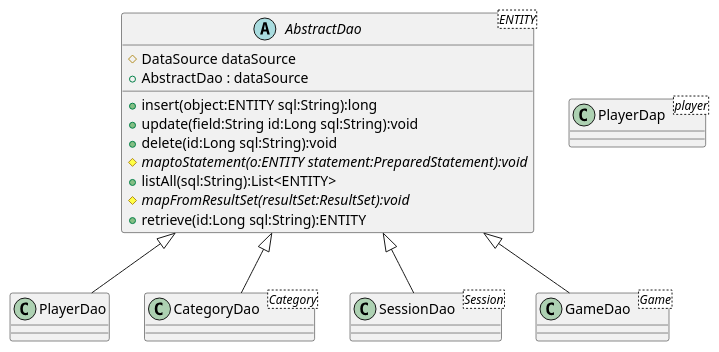
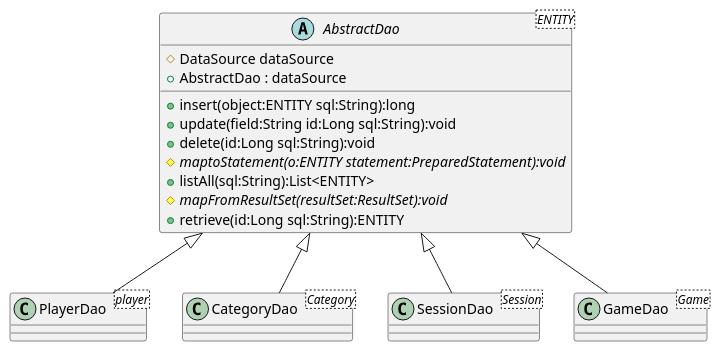
Before and after one commit to Westerdals/pgr203-exam-omamoh18: the diagram in diagram/Dao.puml, drawn with PlantUML.

Commit message:
Readme update

```diff
--- a/diagram/Dao.puml
+++ b/diagram/Dao.puml
@@ -1,27 +1,27 @@
 @startuml
 
 
 Abstract AbstractDao<ENTITY> {
     #DataSource dataSource
     +AbstractDao : dataSource
     +insert(object:ENTITY sql:String):long
     +update(field:String id:Long sql:String):void
     +delete(id:Long sql:String):void
     {abstract}#maptoStatement(o:ENTITY statement:PreparedStatement):void
     +listAll(sql:String):List<ENTITY>
     {abstract}#mapFromResultSet(resultSet:ResultSet):void
     +retrieve(id:Long sql:String):ENTITY
 }
 
 AbstractDao <|-- PlayerDao
 AbstractDao <|-- CategoryDao
 AbstractDao <|-- SessionDao
 AbstractDao <|-- GameDao
 
 Class GameDao<Game>
-Class PlayerDap<player>
+Class PlayerDao<player>
 Class CategoryDao<Category>
 Class SessionDao<Session>
 
 
 @enduml
```
